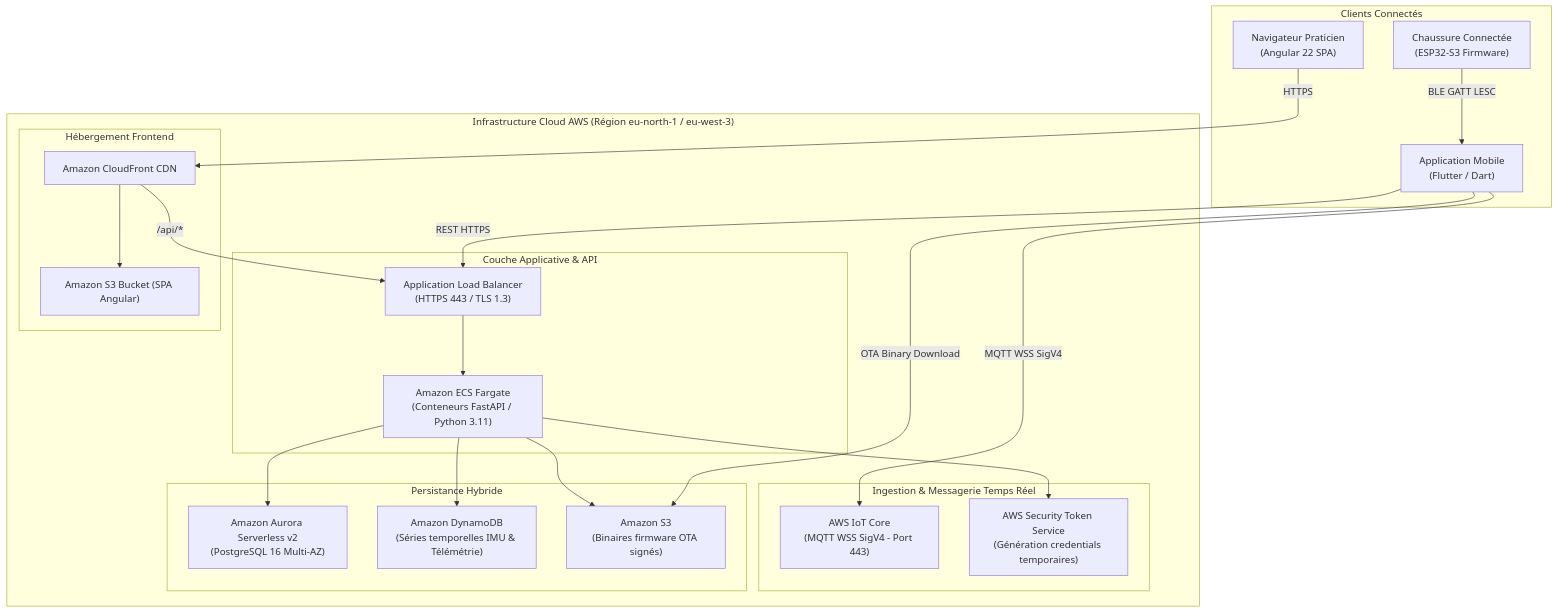
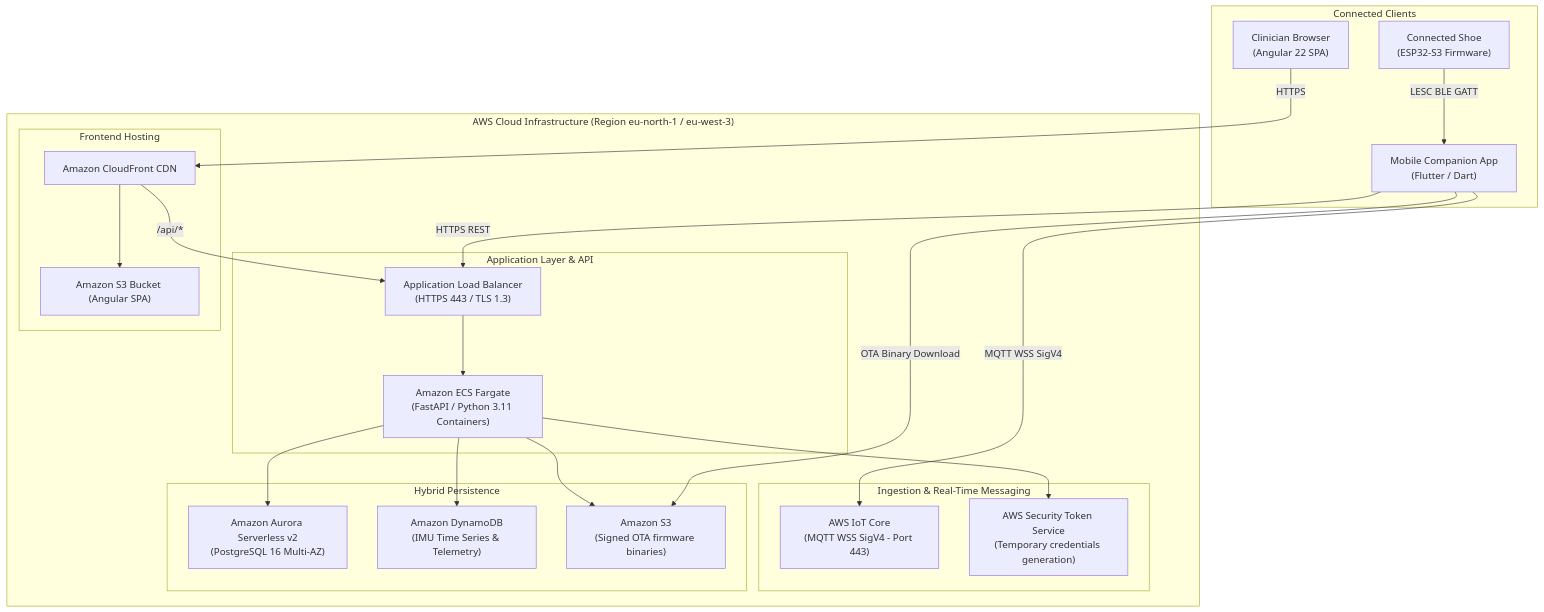
One commit to daverck/health-kicks-ecosystem changed the diagram in docs/deployment/aws_architecture.md. Above: the diagram before and after it, drawn with Mermaid. The commit also changed other lines of this file and 20 other files, not shown here.

````diff
--- a/docs/deployment/aws_architecture.md
+++ b/docs/deployment/aws_architecture.md
@@ -9,44 +9,44 @@
 ```mermaid
 flowchart TD
-    subgraph Clients["Clients Connectés"]
-        Shoe["Chaussure Connectée<br/>(ESP32-S3 Firmware)"]
-        Mobile["Application Mobile<br/>(Flutter / Dart)"]
-        Web["Navigateur Praticien<br/>(Angular 22 SPA)"]
+    subgraph Clients["Connected Clients"]
+        Shoe["Connected Shoe<br/>(ESP32-S3 Firmware)"]
+        Mobile["Mobile Companion App<br/>(Flutter / Dart)"]
+        Web["Clinician Browser<br/>(Angular 22 SPA)"]
     end
 
-    subgraph AWSCloud["Infrastructure Cloud AWS (Région eu-north-1 / eu-west-3)"]
-        subgraph Ingestion["Ingestion & Messagerie Temps Réel"]
+    subgraph AWSCloud["AWS Cloud Infrastructure (Region eu-north-1 / eu-west-3)"]
+        subgraph Ingestion["Ingestion & Real-Time Messaging"]
             IoTCore["AWS IoT Core<br/>(MQTT WSS SigV4 - Port 443)"]
-            STS["AWS Security Token Service<br/>(Génération credentials temporaires)"]
+            STS["AWS Security Token Service<br/>(Temporary credentials generation)"]
         end
 
-        subgraph Compute["Couche Applicative & API"]
+        subgraph Compute["Application Layer & API"]
             ALB["Application Load Balancer<br/>(HTTPS 443 / TLS 1.3)"]
-            ECS["Amazon ECS Fargate<br/>(Conteneurs FastAPI / Python 3.11)"]
+            ECS["Amazon ECS Fargate<br/>(FastAPI / Python 3.11 Containers)"]
         end
 
-        subgraph Storage["Persistance Hybride"]
+        subgraph Storage["Hybrid Persistence"]
             Aurora["Amazon Aurora Serverless v2<br/>(PostgreSQL 16 Multi-AZ)"]
-            Dynamo["Amazon DynamoDB<br/>(Séries temporelles IMU & Télémétrie)"]
-            S3_Firmware["Amazon S3<br/>(Binaires firmware OTA signés)"]
+            Dynamo["Amazon DynamoDB<br/>(IMU Time Series & Telemetry)"]
+            S3_Firmware["Amazon S3<br/>(Signed OTA firmware binaries)"]
         end
 
-        subgraph FrontendHosting["Hébergement Frontend"]
+        subgraph FrontendHosting["Frontend Hosting"]
             CF["Amazon CloudFront CDN"]
-            S3_Web["Amazon S3 Bucket (SPA Angular)"]
+            S3_Web["Amazon S3 Bucket (Angular SPA)"]
         end
     end
 
-    Shoe -->|BLE GATT LESC| Mobile
+    Shoe -->|LESC BLE GATT| Mobile
     Mobile -->|MQTT WSS SigV4| IoTCore
-    Mobile -->|REST HTTPS| ALB
+    Mobile -->|HTTPS REST| ALB
     Web -->|HTTPS| CF
     CF --> S3_Web
     CF -->|/api/*| ALB
     ALB --> ECS
     ECS --> STS
     ECS --> Aurora
     ECS --> Dynamo
     ECS --> S3_Firmware
     Mobile -->|OTA Binary Download| S3_Firmware
 ```
````
